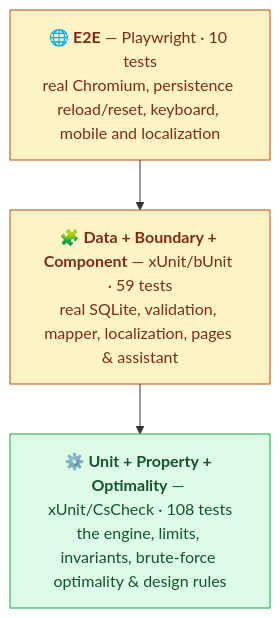
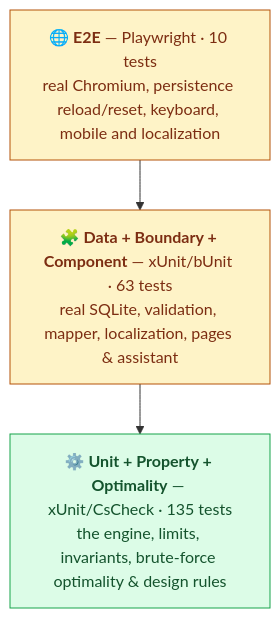
The diagram in docs/TESTING.md (aco993/WorkPlanStudio), drawn with Mermaid before and after one commit. The commit also changed other lines of this file and 2 other files, not shown here.

Commit message:
Update documentation figures for the ported features
Test counts 177 -> 210 (135 engine / 63 web / 12 E2E), engine coverage
re-measured at 96.37 % line / 89.05 % branch - the dip from 97.13 % is the new
calendar and setup branches, not lost coverage.

README gains the shop-constraints step in the scheduling walkthrough, since
calendars and change-over are now real rather than listed as absent.

````diff
--- a/docs/TESTING.md
+++ b/docs/TESTING.md
@@ -14,13 +14,13 @@
 ```mermaid
 graph TD
     E2E["🌐 <b>E2E</b> — Playwright · 10 tests<br/>real Chromium, persistence reload/reset, keyboard, mobile and localization"]
-    WEB["🧩 <b>Data + Boundary + Component</b> — xUnit/bUnit · 59 tests<br/>real SQLite, validation, mapper, localization, pages &amp; assistant"]
-    UNIT["⚙️ <b>Unit + Property + Optimality</b> — xUnit/CsCheck · 108 tests<br/>the engine, limits, invariants, brute-force optimality &amp; design rules"]
+    WEB["🧩 <b>Data + Boundary + Component</b> — xUnit/bUnit · 63 tests<br/>real SQLite, validation, mapper, localization, pages &amp; assistant"]
+    UNIT["⚙️ <b>Unit + Property + Optimality</b> — xUnit/CsCheck · 135 tests<br/>the engine, limits, invariants, brute-force optimality &amp; design rules"]
 
     E2E --> WEB --> UNIT
 
     classDef fast fill:#dcfce7,stroke:#16a34a,color:#14532d;
     classDef slow fill:#fef3c7,stroke:#b45309,color:#7c2d12;
     class UNIT fast;
     class WEB,E2E slow;
 ```
````
